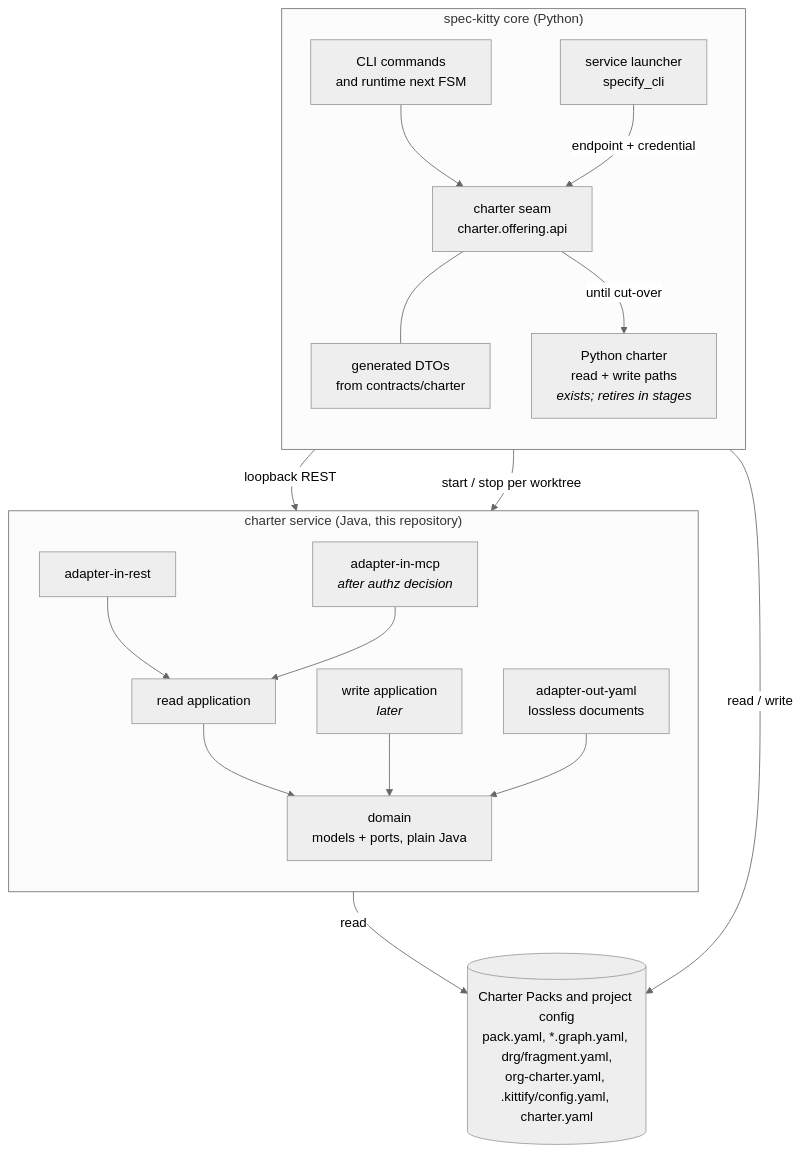
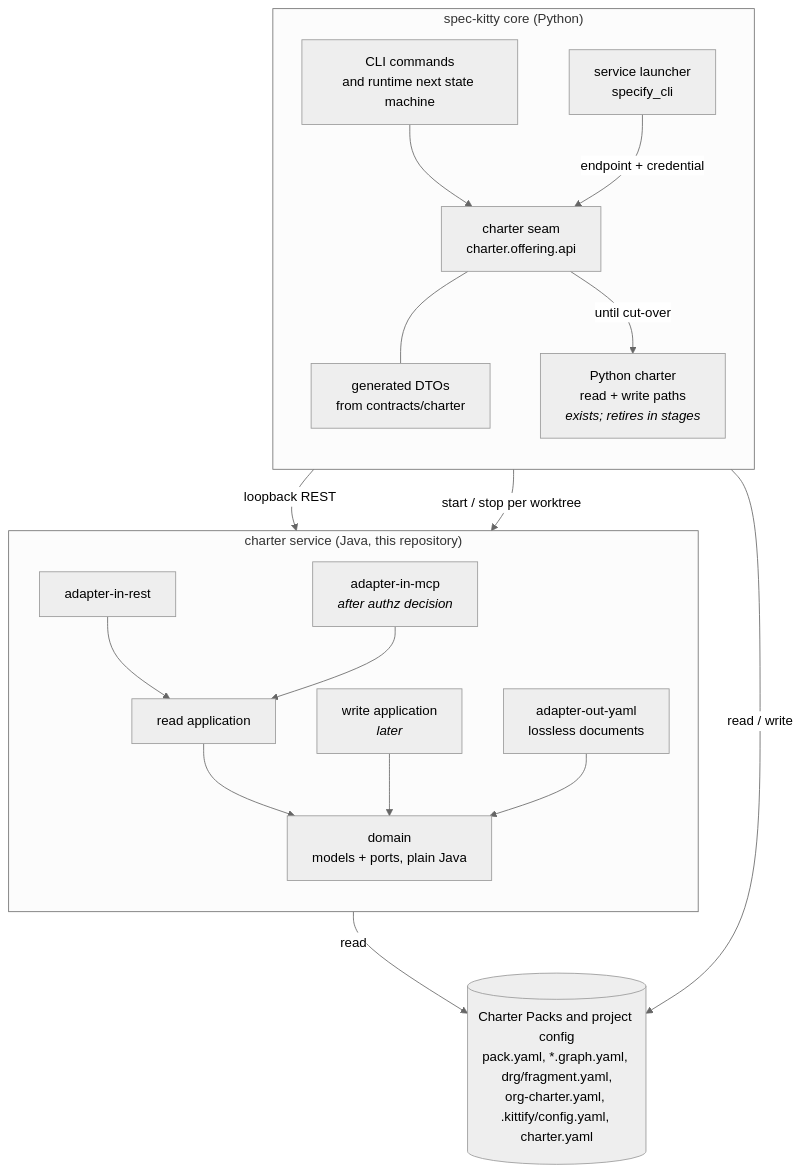
Before and after one commit to spec-kitty/spec-kitty-charter: the diagram in docs/architecture/overview.md, drawn with Mermaid (neutral theme). The commit also changed other lines of this file and 22 other files, not shown here.

````diff
--- a/docs/architecture/overview.md
+++ b/docs/architecture/overview.md
@@ -28,37 +28,37 @@
 ```mermaid
 flowchart TB
   subgraph core["spec-kitty core (Python)"]
     direction TB
-    cli["CLI commands<br/>and runtime next FSM"]
+    cli["CLI commands<br/>and runtime next state machine"]
     seam["charter seam<br/>charter.offering.api"]
     dtos["generated DTOs<br/>from contracts/charter"]
     pyimpl["Python charter<br/>read + write paths<br/><i>exists; retires in stages</i>"]
     life["service launcher<br/>specify_cli"]
     cli --> seam
     seam --- dtos
     seam -->|until cut-over| pyimpl
     life -->|endpoint + credential| seam
   end
 
   subgraph svc["charter service (Java, this repository)"]
     direction TB
     rest["adapter-in-rest"]
     mcp["adapter-in-mcp<br/><i>after authz decision</i>"]
     read["read application"]
     write["write application<br/><i>later</i>"]
     domain["domain<br/>models + ports, plain Java"]
     yaml["adapter-out-yaml<br/>lossless documents"]
     rest --> read
     mcp --> read
     read --> domain
     write --> domain
     yaml --> domain
   end
 
   packs[("Charter Packs and project config<br/>pack.yaml, *.graph.yaml, drg/fragment.yaml,<br/>org-charter.yaml, .kittify/config.yaml, charter.yaml")]
 
   seam -->|loopback REST| rest
   life -->|start / stop per worktree| svc
   yaml -->|read| packs
   pyimpl -->|read / write| packs
 ```
````
